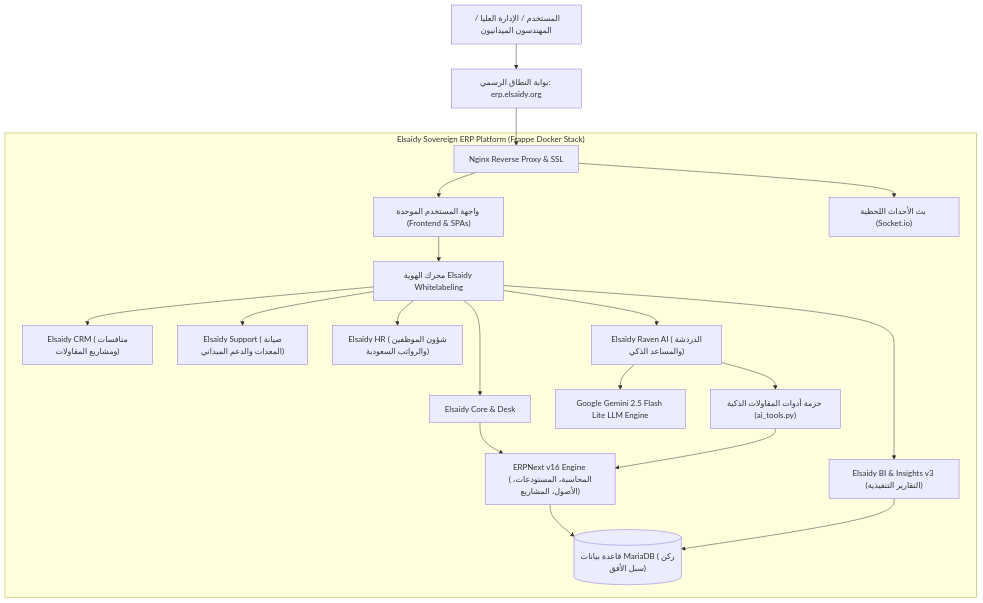
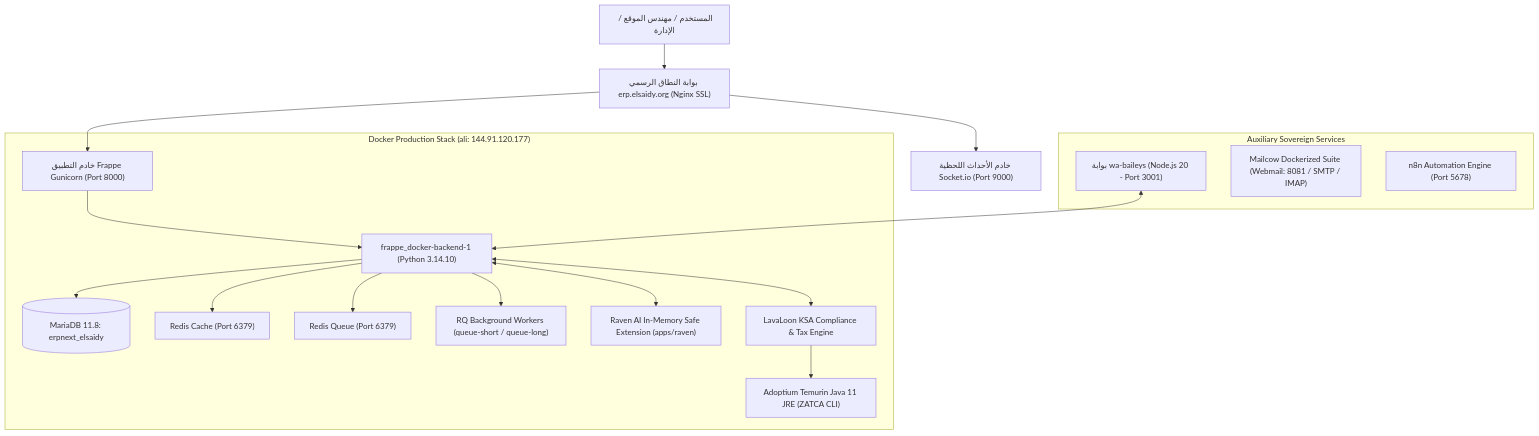
One commit to AliAhmedElseidy/hagag-erp changed the diagram in README.md. Above: the diagram before and after it, drawn with Mermaid. The commit also changed other lines of this file and 3 other files, not shown here.

````diff
--- a/README.md
+++ b/README.md
@@ -58,26 +65,24 @@
 ```mermaid
 graph TD
-    User["المستخدم / الإدارة العليا / المهندسون الميدانيون"] --> Gateway["بوابة النطاق الرسمي: erp.elsaidy.org"]
-    Gateway --> Nginx["Nginx Reverse Proxy & SSL"]
+    User["المستخدم / مهندس الموقع / الإدارة"] --> Nginx["بوابة النطاق الرسمي erp.elsaidy.org (Nginx SSL)"]
+    Nginx --> Gunicorn["خادم التطبيق Frappe Gunicorn (Port 8000)"]
+    Nginx --> SocketIO["خادم الأحداث اللحظية Socket.io (Port 9000)"]
     
-    subgraph "Elsaidy Sovereign ERP Platform (Frappe Docker Stack)"
-        Nginx --> Frontend["واجهة المستخدم الموحدة (Frontend & SPAs)"]
-        Nginx --> WebSocket["بث الأحداث اللحظية (Socket.io)"]
+    subgraph "Docker Production Stack (ali: 144.91.120.177)"
+        Gunicorn --> Backend["frappe_docker-backend-1 (Python 3.14.10)"]
+        Backend --> DB[("MariaDB 11.8: erpnext_elsaidy")]
+        Backend --> RedisCache["Redis Cache (Port 6379)"]
+        Backend --> RedisQueue["Redis Queue (Port 6379)"]
+        Backend --> Workers["RQ Background Workers (queue-short / queue-long)"]
         
-        Frontend --> Whitelabel["محرك الهوية Elsaidy Whitelabeling"]
-        Whitelabel --> Desk["Elsaidy Core & Desk"]
-        Whitelabel --> CRM["Elsaidy CRM (منافسات ومشاريع المقاولات)"]
-        Whitelabel --> HD["Elsaidy Support (صيانة المعدات والدعم الميداني)"]
-        Whitelabel --> HR["Elsaidy HR (شؤون الموظفين والرواتب السعودية)"]
-        Whitelabel --> BI["Elsaidy BI & Insights v3 (التقارير التنفيذية)"]
-        Whitelabel --> Raven["Elsaidy Raven AI (الدردشة والمساعد الذكي)"]
-        
-        Raven --> Gemini["Google Gemini 2.5 Flash Lite LLM Engine"]
-        Raven --> Tools["حزمة أدوات المقاولات الذكية (ai_tools.py)"]
-        
-        Desk --> ERPNext["ERPNext v16 Engine (المحاسبة، المستودعات، الأصول، المشاريع)"]
-        ERPNext --> DB[("قاعدة بيانات MariaDB (ركن سبل الأفق)")]
-        BI --> DB
-        Tools --> ERPNext
+        Backend <--> RavenExt["Raven AI In-Memory Safe Extension (apps/raven)"]
+        Backend <--> ZatcaEngine["LavaLoon KSA Compliance & Tax Engine"]
+        ZatcaEngine --> JavaJRE["Adoptium Temurin Java 11 JRE (ZATCA CLI)"]
+    end
+    
+    subgraph "Auxiliary Sovereign Services"
+        WhatsApp["بوابة wa-baileys (Node.js 20 - Port 3001)"] <--> Backend
+        Mailcow["Mailcow Dockerized Suite (Webmail: 8081 / SMTP / IMAP)"]
+        n8n["n8n Automation Engine (Port 5678)"]
     end
 ```
````
